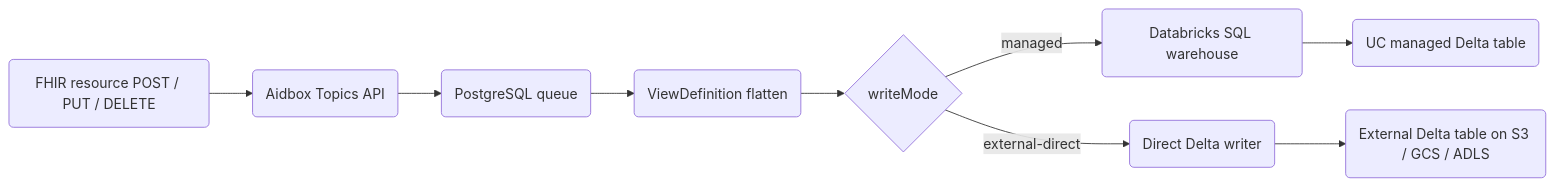
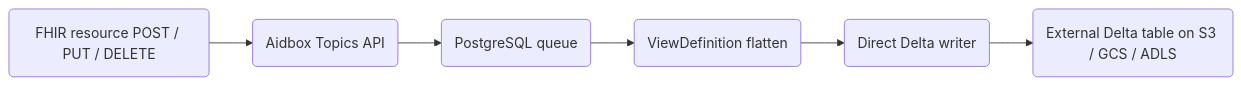
One commit to HealthSamurai/aidbox-docs changed the second of 3 diagrams in docs/tutorials/subscriptions-tutorials/data-lakehouse-aidboxtopicdestination.md. Above: the diagram before and after it, drawn with Mermaid. The commit also changed other lines of this file, not shown here.

First line of the commit message:
docs: simplify intro; split Overview diagram; drop unused asides

````diff
--- a/docs/tutorials/subscriptions-tutorials/data-lakehouse-aidboxtopicdestination.md
+++ b/docs/tutorials/subscriptions-tutorials/data-lakehouse-aidboxtopicdestination.md
@@ -87,16 +91,11 @@
 ```mermaid
 graph LR
     A(FHIR resource POST / PUT / DELETE):::blue2
     B(Aidbox Topics API):::blue2
     C(PostgreSQL queue):::neutral2
     D(ViewDefinition flatten):::yellow2
-    E{writeMode}:::violet2
-    M(Databricks SQL warehouse):::green2
     K(Direct Delta writer):::green2
-    T1(UC managed Delta table):::violet2
     T2(External Delta table on S3 / GCS / ADLS):::violet2
 
-    A --> B --> C --> D --> E
-    E -- managed --> M --> T1
-    E -- external-direct --> K --> T2
+    A --> B --> C --> D --> K --> T2
 ```
````
